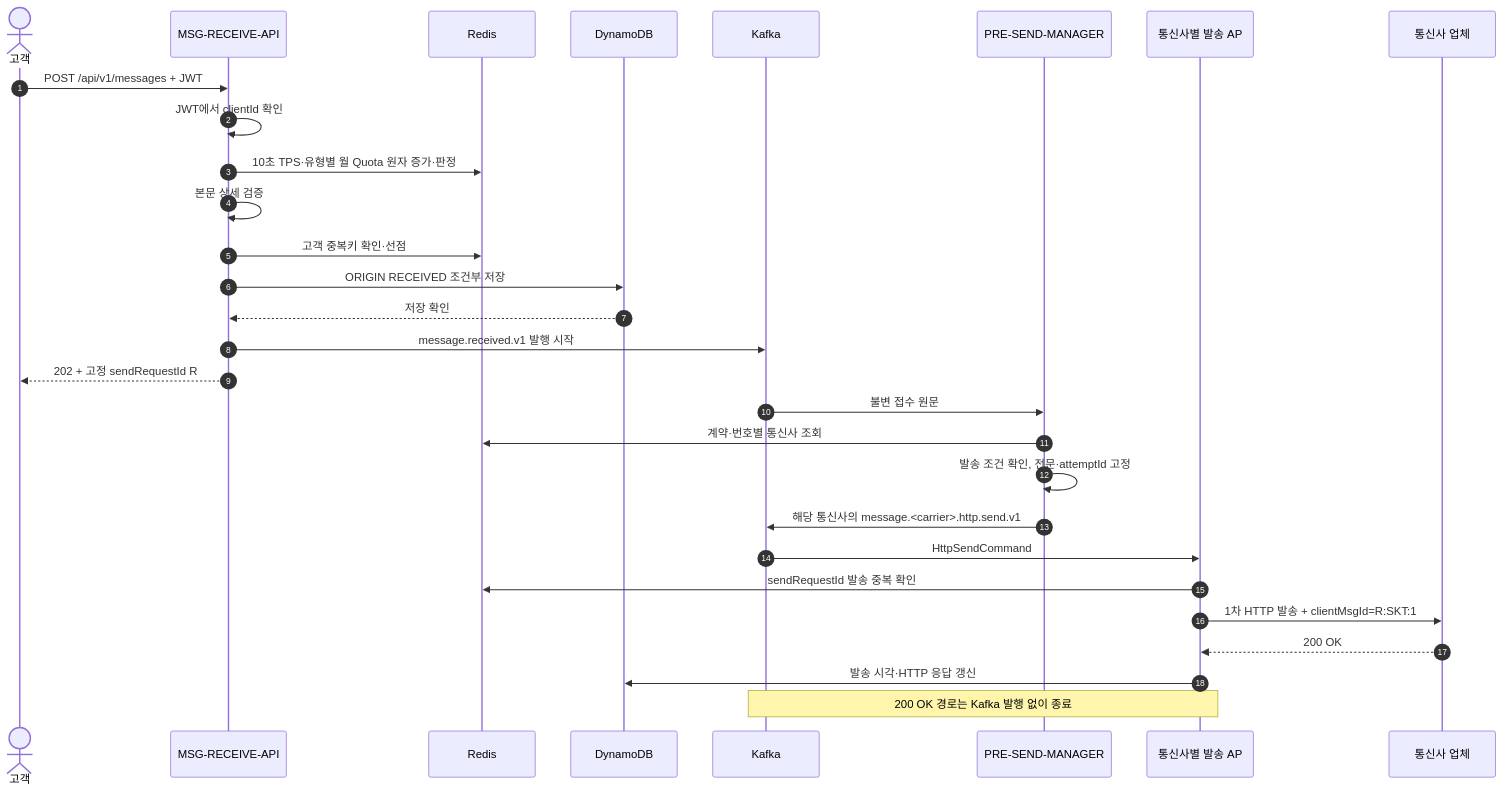
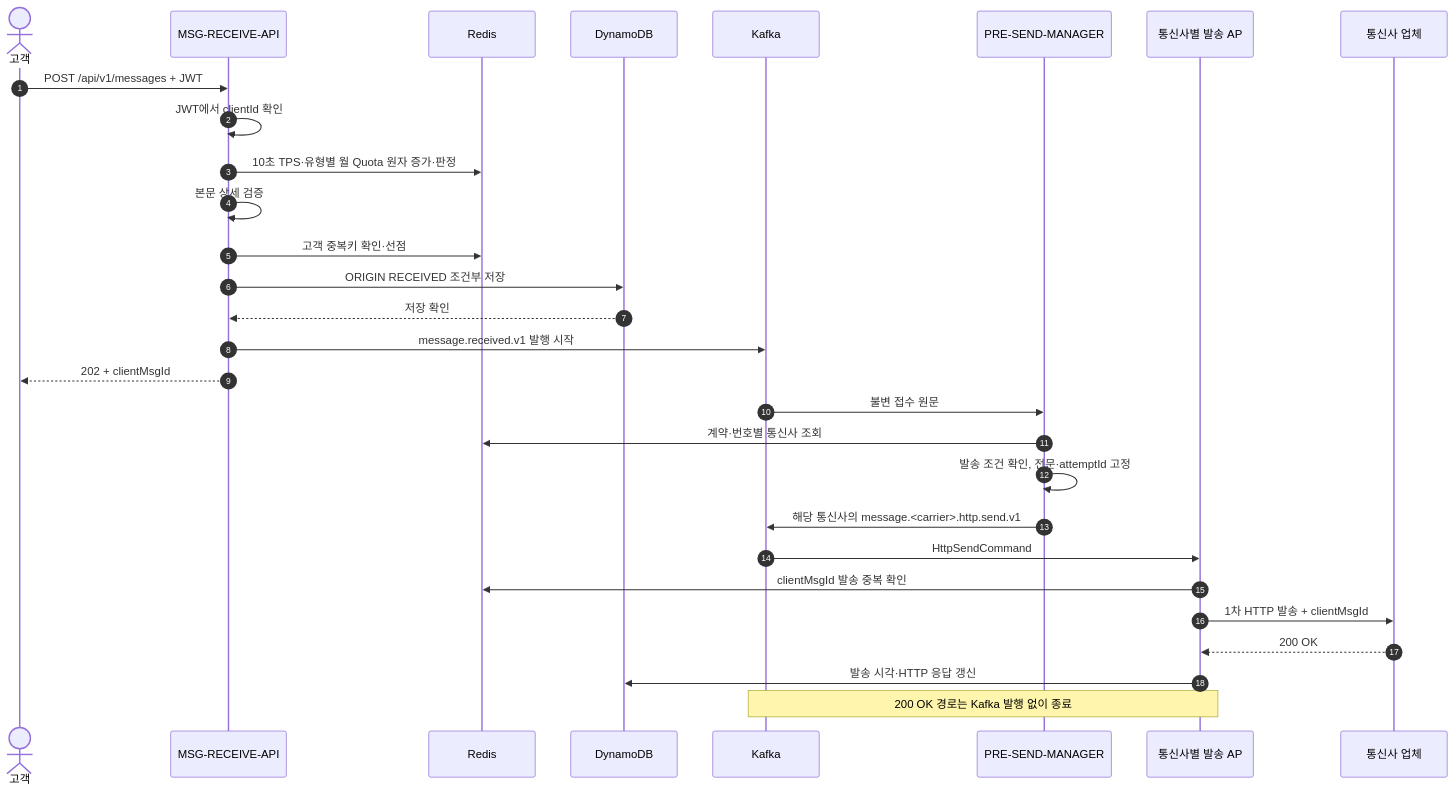
Before and after one commit to hyun-seung/High-throughput-event-platform: the first of 10 diagrams in docs/53-신규-메시지-케이스별-Call-Flow.md, drawn with Mermaid. The commit also changed other lines of this file and 34 other files, not shown here.

Commit message:
메시지 식별자를 clientMsgId 하나로 통일

````diff
--- a/docs/53-신규-메시지-케이스별-Call-Flow.md
+++ b/docs/53-신규-메시지-케이스별-Call-Flow.md
@@ -45,31 +45,31 @@
 ```mermaid
 sequenceDiagram
     autonumber
     actor C as 고객
     participant A as MSG-RECEIVE-API
     participant R as Redis
     participant D as DynamoDB
     participant K as Kafka
     participant M as PRE-SEND-MANAGER
     participant S as 통신사별 발송 AP
     participant P as 통신사 업체
     C->>A: POST /api/v1/messages + JWT
     A->>A: JWT에서 clientId 확인
     A->>R: 10초 TPS·유형별 월 Quota 원자 증가·판정
     A->>A: 본문 상세 검증
     A->>R: 고객 중복키 확인·선점
     A->>D: ORIGIN RECEIVED 조건부 저장
     D-->>A: 저장 확인
     A->>K: message.received.v1 발행 시작
-    A-->>C: 202 + 고정 sendRequestId R
+    A-->>C: 202 + clientMsgId
     K->>M: 불변 접수 원문
     M->>R: 계약·번호별 통신사 조회
     M->>M: 발송 조건 확인, 전문·attemptId 고정
     M->>K: 해당 통신사의 message.<carrier>.http.send.v1
     K->>S: HttpSendCommand
-    S->>R: sendRequestId 발송 중복 확인
-    S->>P: 1차 HTTP 발송 + clientMsgId=R:SKT:1
+    S->>R: clientMsgId 발송 중복 확인
+    S->>P: 1차 HTTP 발송 + clientMsgId
     P-->>S: 200 OK
     S->>D: 발송 시각·HTTP 응답 갱신
     Note over S,K: 200 OK 경로는 Kafka 발행 없이 종료
 ```
````
